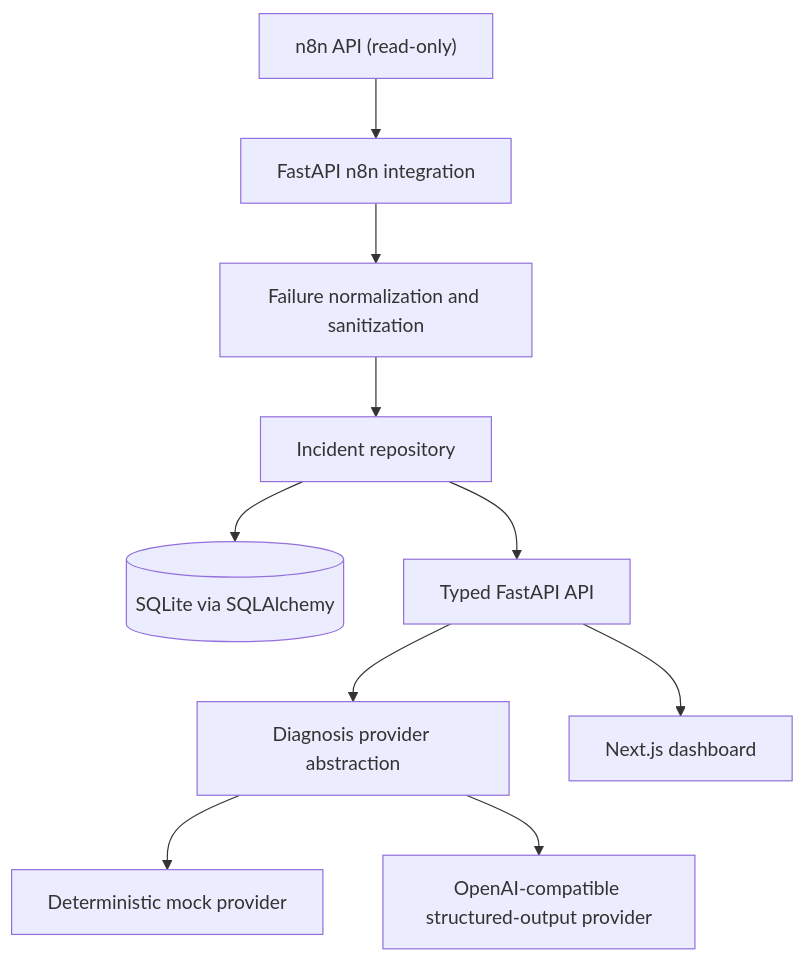
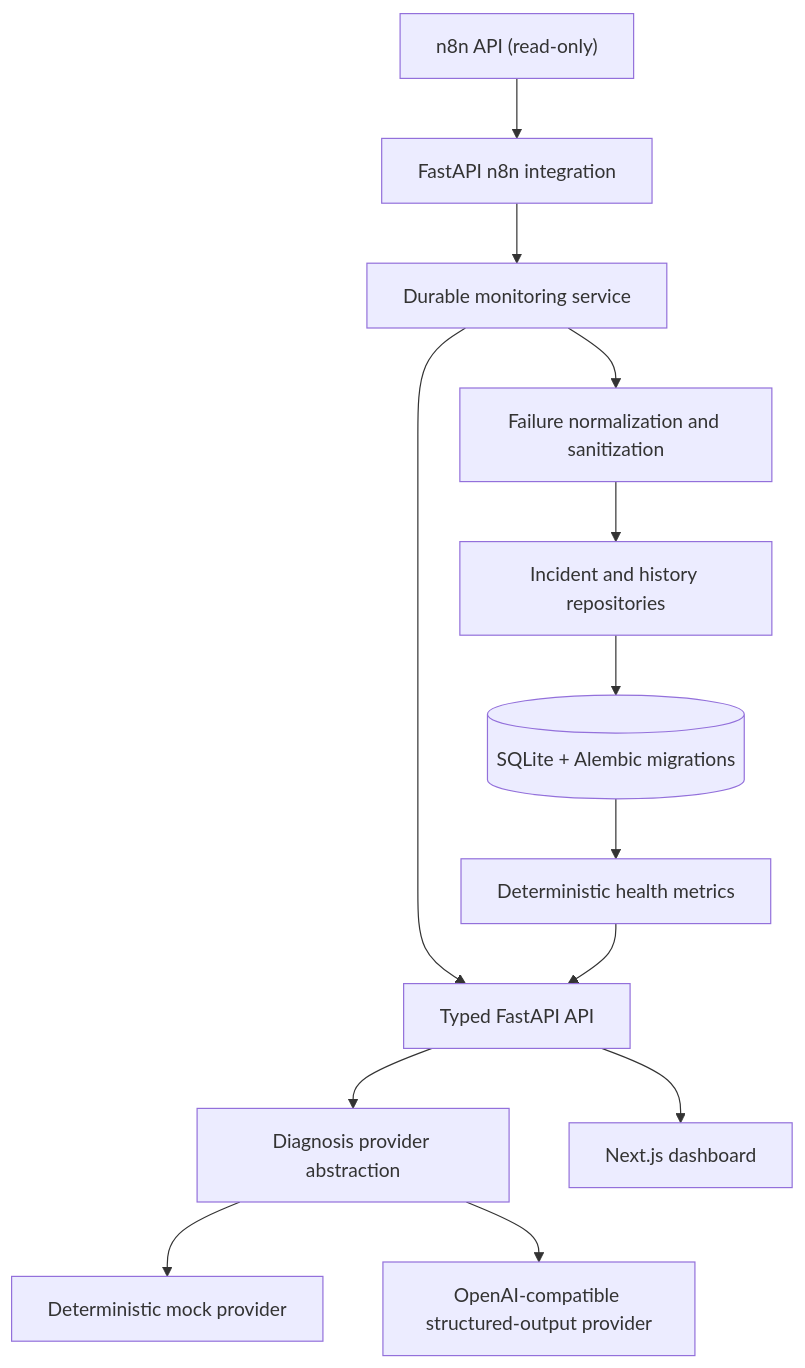
Before and after one commit to engdareenbassamesleem/flowmedic-ai: the diagram in README.md, drawn with Mermaid. The commit also changed other lines of this file and 27 other files, not shown here.

Commit message:
feat: add durable workflow monitoring and health metrics

````diff
--- a/README.md
+++ b/README.md
@@ -47,12 +51,15 @@
 ```mermaid
 flowchart TB
     n8n["n8n API (read-only)"] --> integration["FastAPI n8n integration"]
-    integration --> normalize["Failure normalization and sanitization"]
-    normalize --> repository["Incident repository"]
-    repository --> database[("SQLite via SQLAlchemy")]
-    repository --> api["Typed FastAPI API"]
+    integration --> monitor["Durable monitoring service"]
+    monitor --> normalize["Failure normalization and sanitization"]
+    normalize --> repository["Incident and history repositories"]
+    repository --> database[("SQLite + Alembic migrations")]
+    database --> metrics["Deterministic health metrics"]
+    monitor --> api["Typed FastAPI API"]
+    metrics --> api
     api --> provider["Diagnosis provider abstraction"]
     provider --> mock["Deterministic mock provider"]
     provider --> live["OpenAI-compatible structured-output provider"]
     api --> dashboard["Next.js dashboard"]
 ```
````
